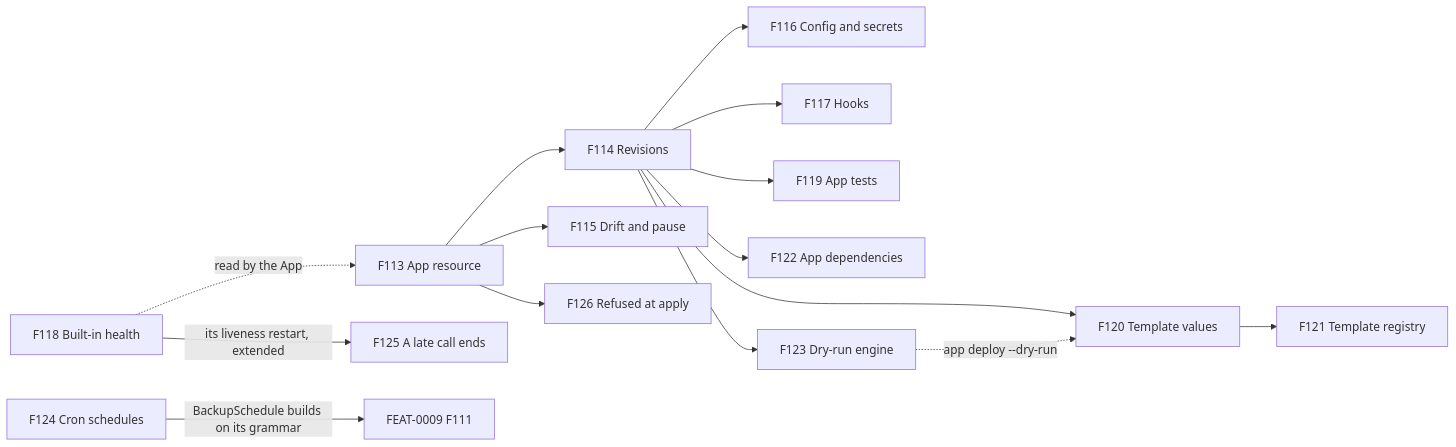
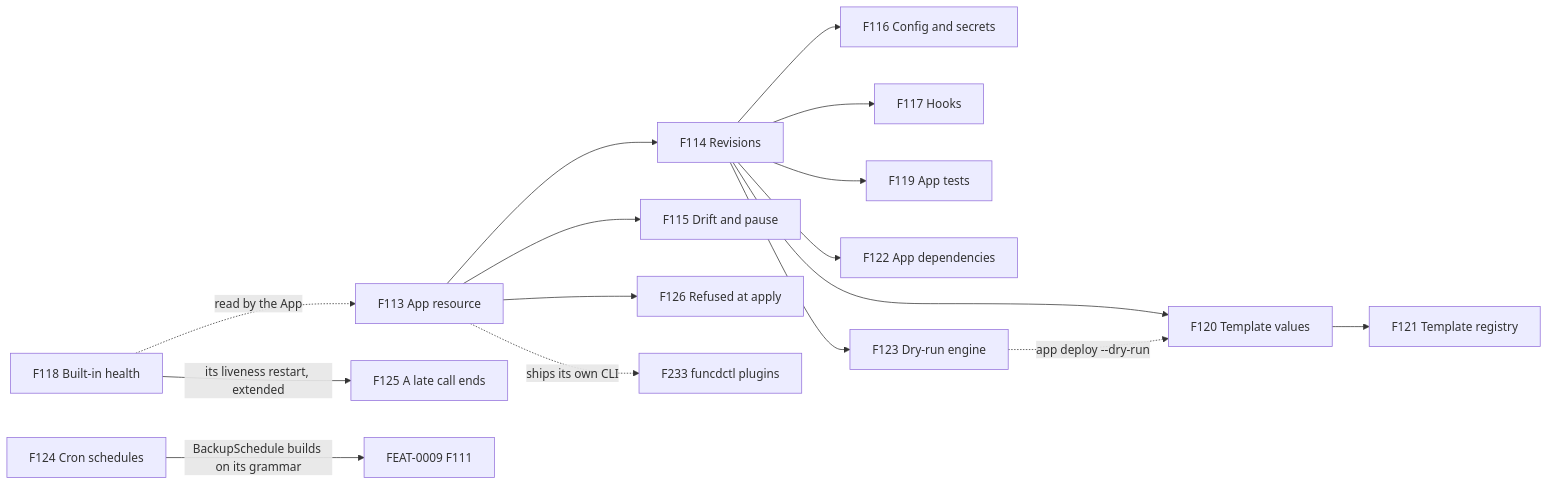
The first of 7 diagrams in docs/feat/0010-feat-apps.md (pyvvo/funcd), drawn with Mermaid before and after one commit. The commit also changed other lines of this file and 18 other files, not shown here.

First line of the commit message:
feat(funcdctl): funcdctl runs kubectl-style plugins found on PATH (#1422)

````diff
--- a/docs/feat/0010-feat-apps.md
+++ b/docs/feat/0010-feat-apps.md
@@ -51,17 +51,18 @@
 ```mermaid
 flowchart LR
     F113["F113 App resource"] --> F114["F114 Revisions"]
     F113 --> F115["F115 Drift and pause"]
     F114 --> F116["F116 Config and secrets"]
     F114 --> F117["F117 Hooks"]
     F114 --> F119["F119 App tests"]
     F114 --> F122["F122 App dependencies"]
     F114 --> F120["F120 Template values"]
     F120 --> F121["F121 Template registry"]
     F118["F118 Built-in health"] -.->|"read by the App"| F113
     F114 --> F123["F123 Dry-run engine"]
     F123 -.->|"app deploy --dry-run"| F120
     F124["F124 Cron schedules"] -->|"BackupSchedule builds on its grammar"| F111["FEAT-0009 F111"]
     F118 -->|"its liveness restart, extended"| F125["F125 A late call ends"]
     F113 --> F126["F126 Refused at apply"]
+    F113 -.->|"ships its own CLI"| F233["F233 funcdctl plugins"]
 ```
````
